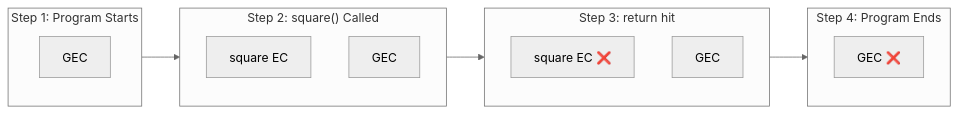
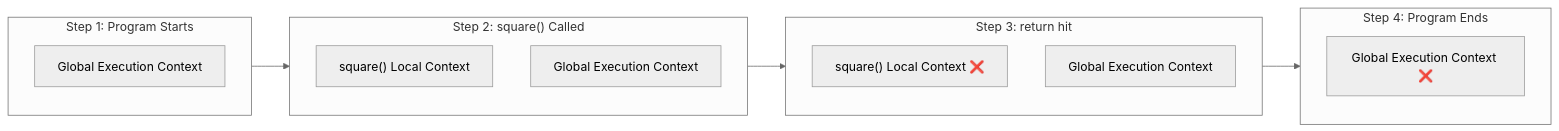
Before and after one commit to rajmpawar-hash/ByteNotes: the diagram in src/notes/javascript/1-foundations/01-basics/01-execution-context-and-call-stack.md, drawn with Mermaid (neutral theme). The commit also changed other lines of this file and 2 other files, not shown here.

Commit message:
refactor: restructure execution context, control flow, and loops

````diff
--- a/src/notes/javascript/1-foundations/01-basics/01-execution-context-and-call-stack.md
+++ b/src/notes/javascript/1-foundations/01-basics/01-execution-context-and-call-stack.md
@@ -97,26 +76,26 @@
 ```mermaid
 flowchart LR
     subgraph Step1 ["Step 1: Program Starts"]
         direction BT
-        S1_A["GEC"]
+        S1_A["Global Execution Context"]
     end
     
     subgraph Step2 ["Step 2: square() Called"]
         direction BT
-        S2_B["square EC"]
-        S2_A["GEC"]
+        S2_B["square() Local Context"]
+        S2_A["Global Execution Context"]
     end
     
     subgraph Step3 ["Step 3: return hit"]
         direction BT
-        S3_X["square EC ❌"]
-        S3_A["GEC"]
+        S3_X["square() Local Context ❌"]
+        S3_A["Global Execution Context"]
     end
     
     subgraph Step4 ["Step 4: Program Ends"]
         direction BT
-        S4_X["GEC ❌"]
+        S4_X["Global Execution Context ❌"]
     end
     
     Step1 --> Step2 --> Step3 --> Step4
 ```
````
